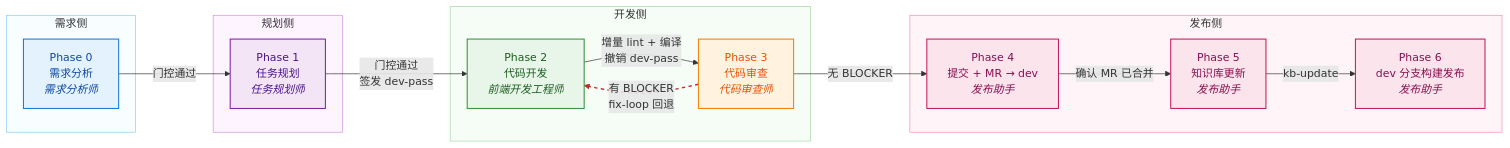
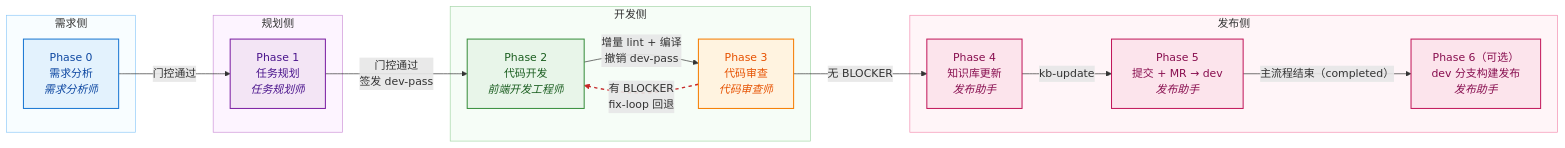
The first of 2 diagrams in README.md (JayCJP/harnessflow), drawn with Mermaid before and after one commit. The commit also changed other lines of this file and 47 other files, not shown here.

````diff
--- a/README.md
+++ b/README.md
@@ -49,44 +53,44 @@
 ```mermaid
 flowchart LR
     subgraph SG1["需求侧"]
         P0["Phase 0<br/>需求分析<br/><i>需求分析师</i>"]
     end
     subgraph SG2["规划侧"]
         P1["Phase 1<br/>任务规划<br/><i>任务规划师</i>"]
     end
     subgraph SG3["开发侧"]
         P2["Phase 2<br/>代码开发<br/><i>前端开发工程师</i>"]
         P3["Phase 3<br/>代码审查<br/><i>代码审查师</i>"]
     end
     subgraph SG4["发布侧"]
-        P4["Phase 4<br/>提交 + MR → dev<br/><i>发布助手</i>"]
-        P5["Phase 5<br/>知识库更新<br/><i>发布助手</i>"]
-        P6["Phase 6<br/>dev 分支构建发布<br/><i>发布助手</i>"]
+        P4["Phase 4<br/>知识库更新<br/><i>发布助手</i>"]
+        P5["Phase 5<br/>提交 + MR → dev<br/><i>发布助手</i>"]
+        P6["Phase 6（可选）<br/>dev 分支构建发布<br/><i>发布助手</i>"]
     end
 
     P0 -->|"门控通过"| P1
     P1 -->|"门控通过<br/>签发 dev-pass"| P2
     P2 -->|"增量 lint + 编译<br/>撤销 dev-pass"| P3
     P3 -->|"无 BLOCKER"| P4
-    P4 -->|"确认 MR 已合并"| P5
-    P5 -->|"kb-update"| P6
+    P4 -->|"kb-update"| P5
+    P5 -->|"主流程结束（completed）"| P6
     P3 -.->|"有 BLOCKER<br/>fix-loop 回退"| P2
 
     classDef analysis fill:#e3f2fd,stroke:#1976d2,color:#0d47a1,stroke-width:1.5px
     classDef plan fill:#f3e5f5,stroke:#7b1fa2,color:#4a148c,stroke-width:1.5px
     classDef dev fill:#e8f5e9,stroke:#388e3c,color:#1b5e20,stroke-width:1.5px
     classDef review fill:#fff3e0,stroke:#f57c00,color:#e65100,stroke-width:1.5px
     classDef release fill:#fce4ec,stroke:#c2185b,color:#880e4f,stroke-width:1.5px
 
     class P0 analysis
     class P1 plan
     class P2 dev
     class P3 review
     class P4,P5,P6 release
 
     linkStyle 6 stroke:#c62828,stroke-width:2px,stroke-dasharray:5 5
     style SG1 fill:#f8fdff,stroke:#90caf9
     style SG2 fill:#fdf4ff,stroke:#ce93d8
     style SG3 fill:#f6fdf7,stroke:#a5d6a7
     style SG4 fill:#fff5f8,stroke:#f48fb1
 ```
````
